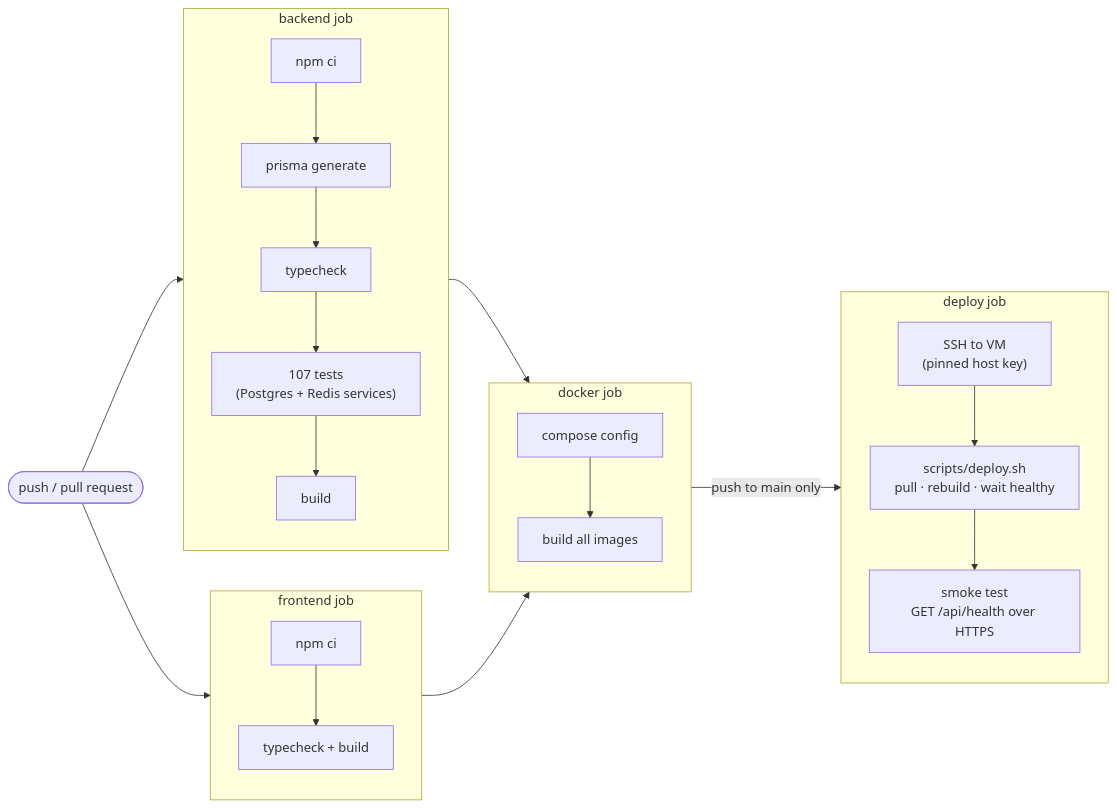
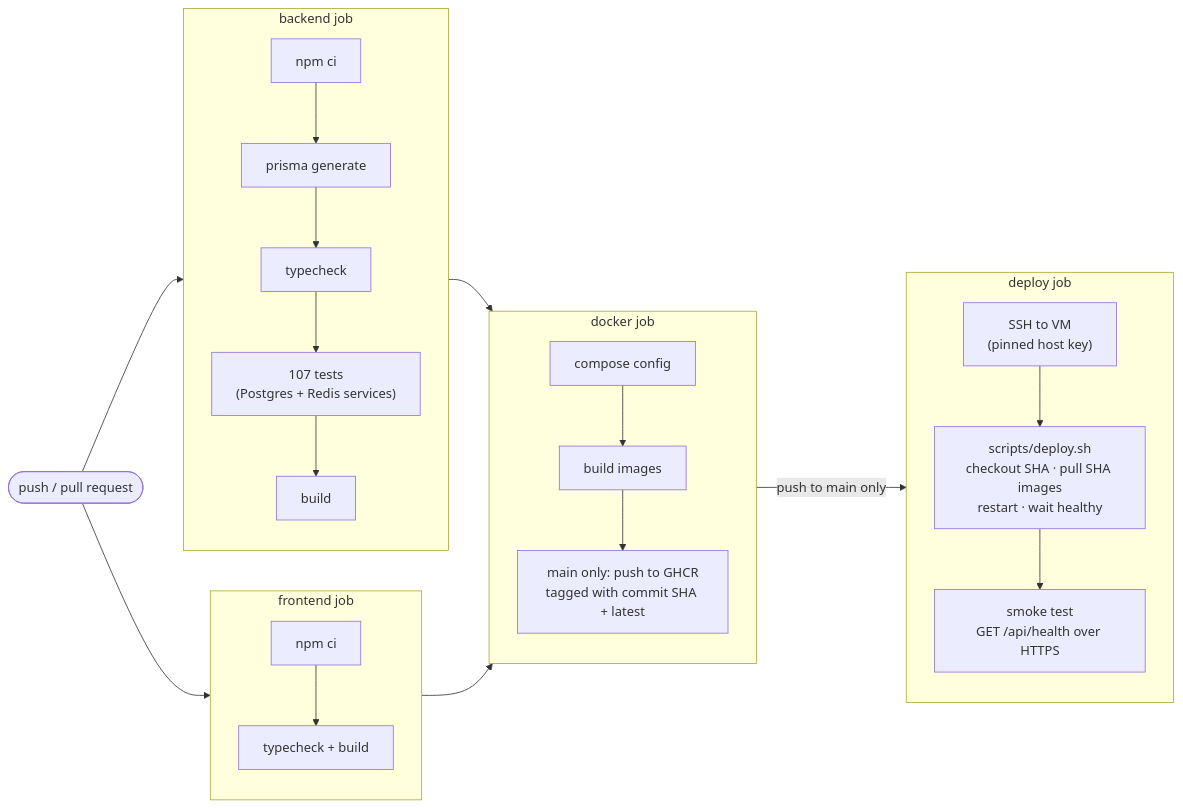
Before and after one commit to ashutosh-lodha/UptimeHQ: the tenth of 11 diagrams in README.md, drawn with Mermaid. The commit also changed other lines of this file and 6 other files, not shown here.

Commit message:
Deploy pre-built images from GitHub Container Registry

````diff
--- a/README.md
+++ b/README.md
@@ -724,18 +724,18 @@
 ```mermaid
 flowchart LR
     push(["push / pull request"]) --> be & fe
     subgraph be["backend job"]
         b1["npm ci"] --> b2["prisma generate"] --> b3["typecheck"] --> b4["107 tests<br/>(Postgres + Redis services)"] --> b5["build"]
     end
     subgraph fe["frontend job"]
         f1["npm ci"] --> f2["typecheck + build"]
     end
     be & fe --> dk
     subgraph dk["docker job"]
-        d1["compose config"] --> d2["build all images"]
+        d1["compose config"] --> d2["build images"] --> d3["main only: push to GHCR<br/>tagged with commit SHA + latest"]
     end
     dk -->|"push to main only"| dp
     subgraph dp["deploy job"]
-        p1["SSH to VM<br/>(pinned host key)"] --> p2["scripts/deploy.sh<br/>pull · rebuild · wait healthy"] --> p3["smoke test<br/>GET /api/health over HTTPS"]
+        p1["SSH to VM<br/>(pinned host key)"] --> p2["scripts/deploy.sh<br/>checkout SHA · pull SHA images<br/>restart · wait healthy"] --> p3["smoke test<br/>GET /api/health over HTTPS"]
     end
 ```
````
